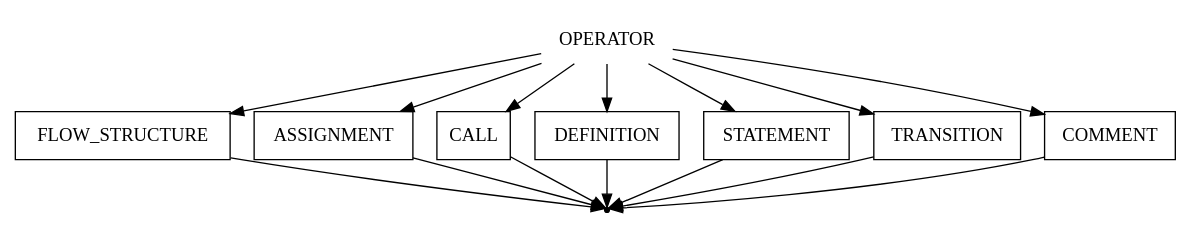
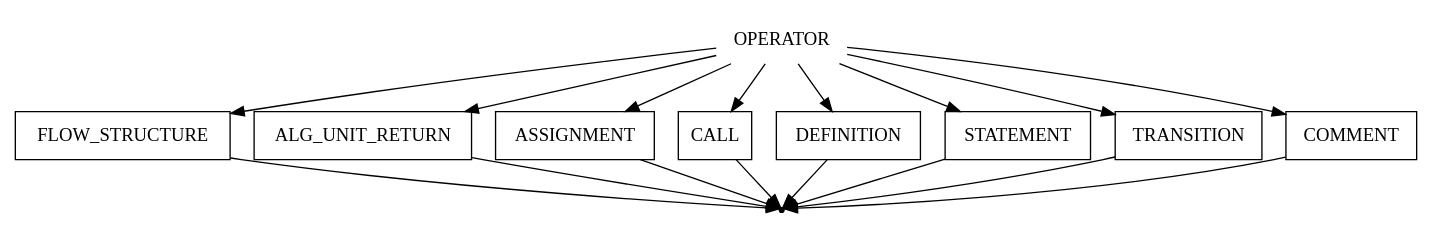
Before and after one commit to IMZolin/PSAD: the diagram in src/PSADParser/grammar/operator.gv, drawn with Graphviz. The commit also changed 9 other files, not shown here.

```diff
--- a/src/PSADParser/grammar/operator.gv
+++ b/src/PSADParser/grammar/operator.gv
@@ -1,26 +1,29 @@
 digraph OPERATOR {
     start [label=OPERATOR shape=plaintext]
     flow_structure [label=FLOW_STRUCTURE shape=box]
+    alg_unit_return [label=ALG_UNIT_RETURN shape=box]
     assignment [label=ASSIGNMENT shape=box]
     call [label=CALL shape=box]
     definition [label=DEFINITION shape=box]
     statement [label=STATEMENT shape=box]
     transition [label=TRANSITION shape=box]
     comment [label=COMMENT shape=box]
     end [label="" shape=point]
 
     start -> flow_structure
     start -> assignment
     start -> call
     start -> definition
     start -> statement
     start -> transition
     start -> comment
+    start -> alg_unit_return
+    alg_unit_return -> end
     flow_structure -> end
     assignment -> end
     call -> end
     definition -> end
     statement -> end
     transition -> end
     comment -> end
 }
```
